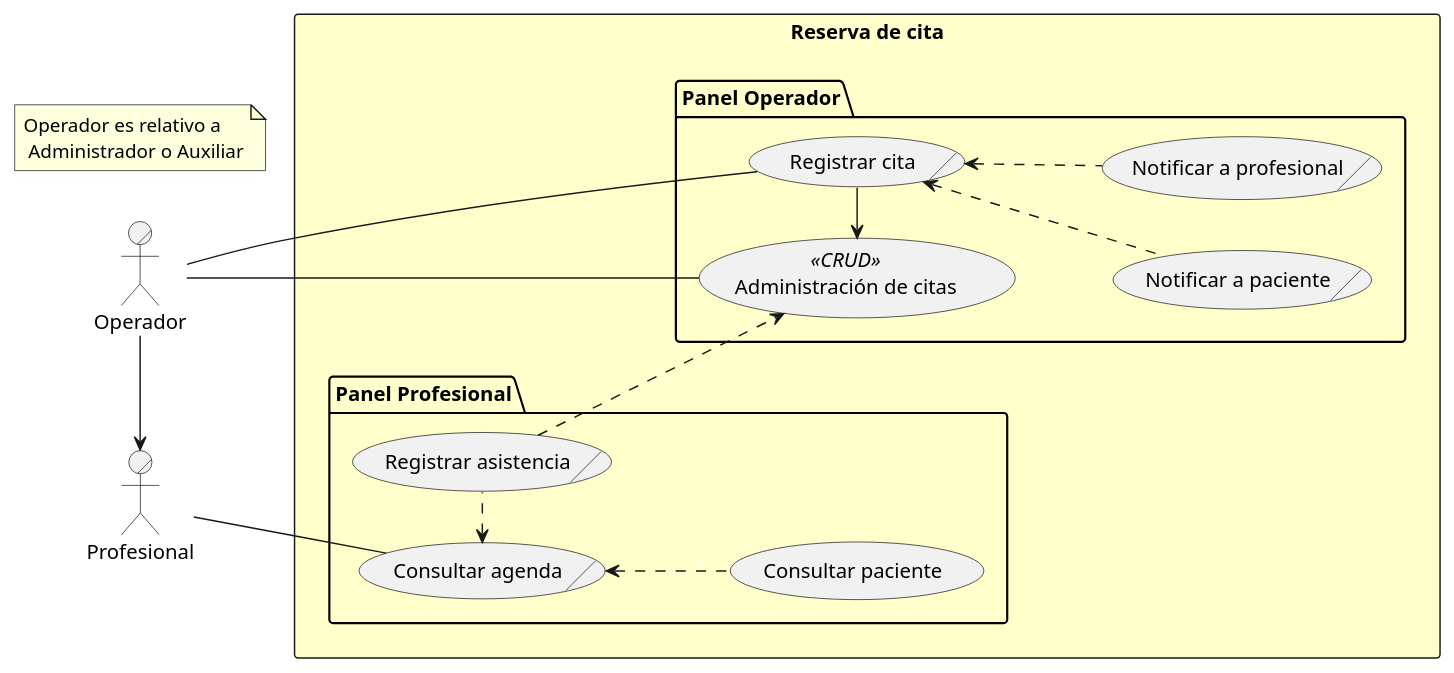
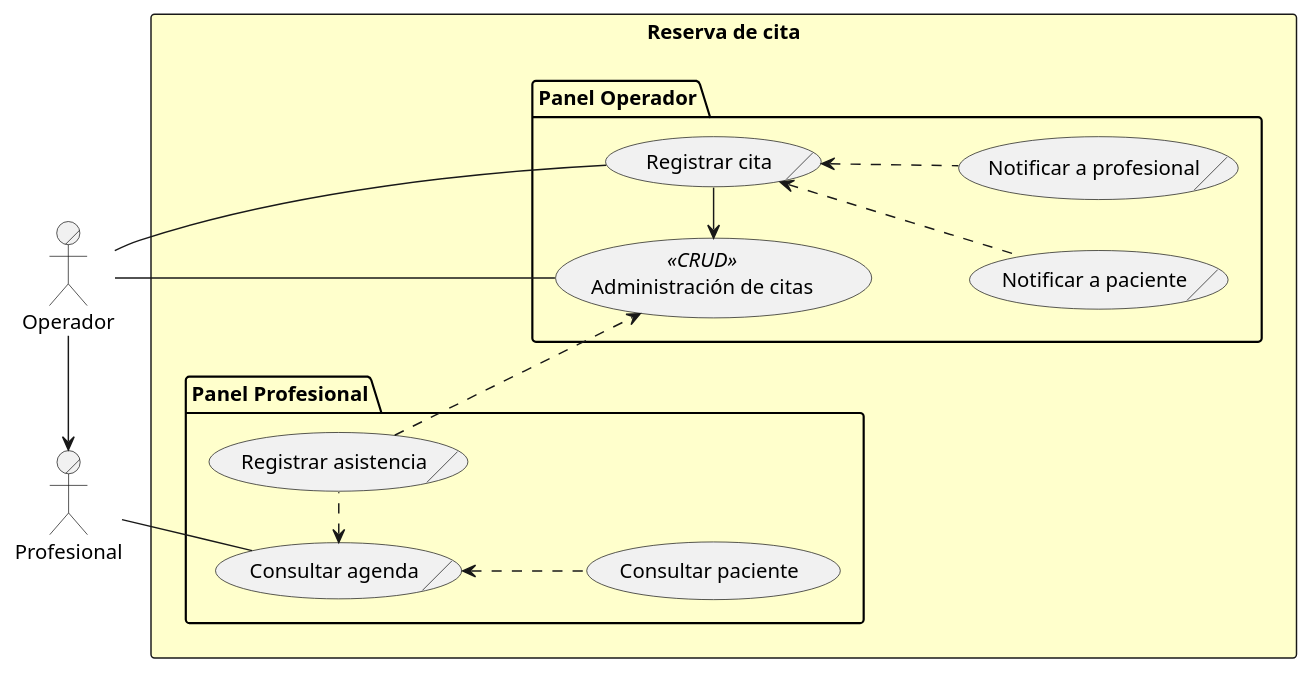
Before and after one commit to capsi-ucp/capsi-ucp.github.io: the diagram in ROOT/modules/proyecto/puml/citas-business-usecase.puml, drawn with PlantUML.

Commit message:
Caso de uso de lógica de negocio para la reserva de citas

```diff
--- a/ROOT/modules/proyecto/puml/citas-business-usecase.puml
+++ b/ROOT/modules/proyecto/puml/citas-business-usecase.puml
@@ -1,30 +1,30 @@
 @startuml
 left to right direction
 actor/ Operador
 actor/ Profesional
-note "Operador es relativo a\r\n Administrador o Auxiliar" as Nota
 
 rectangle "Reserva de cita" #BUSINESS {
   package "Panel Operador" {
     usecase "Administración de citas" as AdminCitas << CRUD >>
     usecase/ "Registrar cita" as Citar
     usecase/ "Notificar a paciente" as NotificarPaciente
     usecase/ "Notificar a profesional" as NotificarProfesional
   }
   package "Panel Profesional" {
     usecase/ "Consultar agenda" as Agenda
     usecase "Consultar paciente" as ConsultarPaciente
     usecase/ "Registrar asistencia" as Asistencia
   }
 }
+
 Operador -- AdminCitas
 Operador -- Citar
 Profesional -- Agenda
 Operador -> Profesional
 Citar -> AdminCitas
 Citar <.. NotificarPaciente
 Citar <.. NotificarProfesional
 Agenda <.. ConsultarPaciente
 Agenda <. Asistencia
 Asistencia -.> AdminCitas
 @enduml
```
